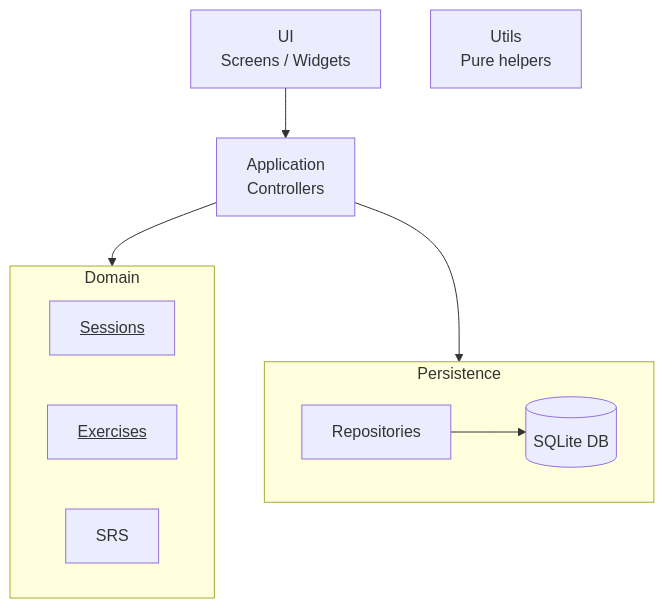
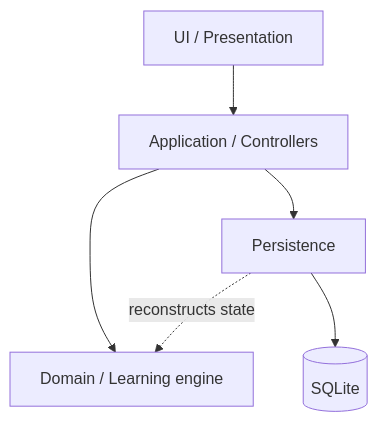
The diagram in docs/architecture/overview.md (Antoine-Lagache/psitta), drawn with Mermaid before and after one commit. The commit also changed other lines of this file and 25 other files, not shown here.

````diff
--- a/docs/architecture/overview.md
+++ b/docs/architecture/overview.md
@@ -14,31 +15,8 @@
 ```mermaid
 flowchart TD
-    %% UI
-    UI["UI<br/>Screens / Widgets"]
-
-    %% Application
-    APP["Application<br/>Controllers"]
-
-    %% Domain (with internal structure)
-    subgraph DOM["Domain"]
-        DOM_SESS["<u>Sessions</u>"]
-        DOM_EXO["<u>Exercises</u>"]
-        DOM_SRS["SRS"]
-    end
-
-    %% Persistence
-    subgraph PERS["Persistence"]
-        REPO["Repositories"]
-        DB[(SQLite DB)]
-        REPO --> DB
-    end
-
-    %% Utils (transversal, no explicit dependencies)
-    UTILS["Utils<br/>Pure helpers"]
-
-    %% Main dependencies
-    UI --> APP
-    APP --> DOM
-    APP --> PERS
-
+    UI["UI / Presentation"] --> APP["Application / Controllers"]
+    APP --> DOMAIN["Domain / Learning engine"]
+    APP --> PERSISTENCE["Persistence"]
+    PERSISTENCE --> DB[(SQLite)]
+    PERSISTENCE -. "reconstructs state" .-> DOMAIN
 ```
````
